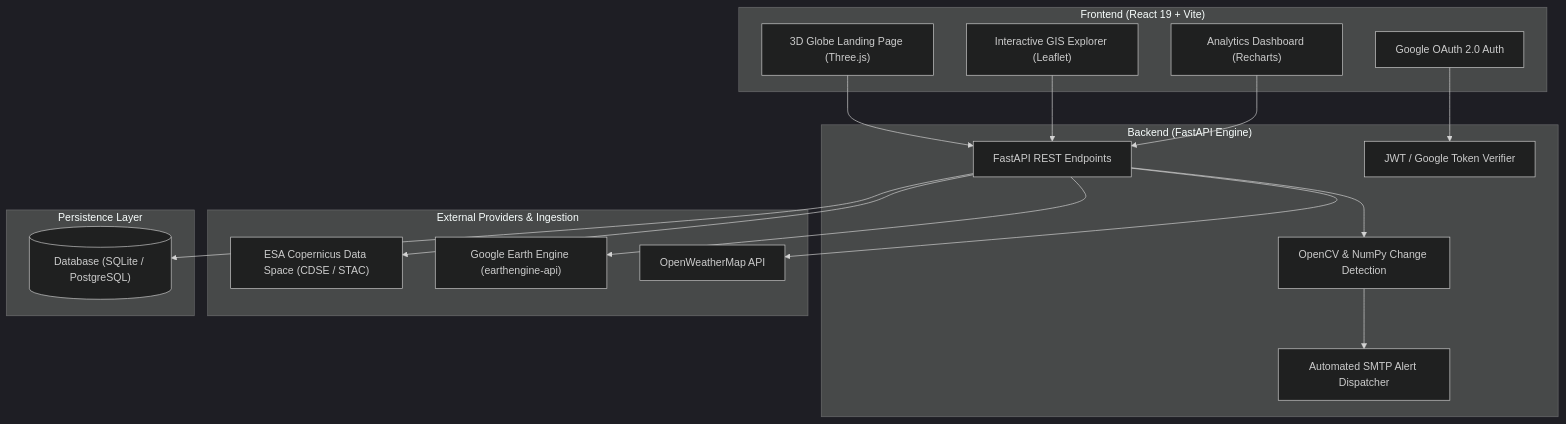
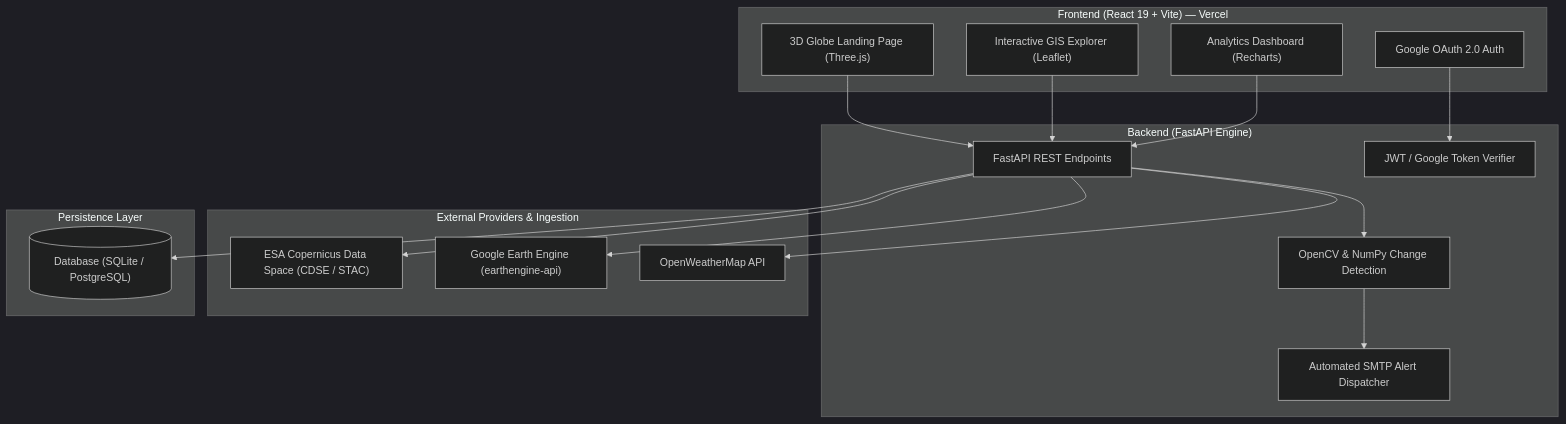
One commit to yogesh-patil2003/GeoAlert changed the diagram in README.md. Above: the diagram before and after it, drawn with Mermaid (dark theme). The commit also changed other lines of this file, not shown here.

````diff
--- a/README.md
+++ b/README.md
@@ -41,38 +66,38 @@
 ```mermaid
 graph TD
-    subgraph Client ["Frontend (React 19 + Vite)"]
+    subgraph Client ["Frontend (React 19 + Vite) — Vercel"]
         Landing["3D Globe Landing Page (Three.js)"]
         Map["Interactive GIS Explorer (Leaflet)"]
         Dash["Analytics Dashboard (Recharts)"]
         Auth["Google OAuth 2.0 Auth"]
     end
 
     subgraph Server ["Backend (FastAPI Engine)"]
         API["FastAPI REST Endpoints"]
         AuthModule["JWT / Google Token Verifier"]
         DiffEngine["OpenCV & NumPy Change Detection"]
         AlertService["Automated SMTP Alert Dispatcher"]
     end
 
     subgraph DataSources ["External Providers & Ingestion"]
         CDSE["ESA Copernicus Data Space (CDSE / STAC)"]
         GEE["Google Earth Engine (earthengine-api)"]
         Weather["OpenWeatherMap API"]
     end
 
     subgraph Storage ["Persistence Layer"]
         DB[("Database (SQLite / PostgreSQL)")]
     end
 
     Landing --> API
     Map --> API
     Dash --> API
     Auth --> AuthModule
 
     API --> CDSE
     API --> GEE
     API --> Weather
     API --> DiffEngine
     DiffEngine --> AlertService
     API --> DB
 ```
````
